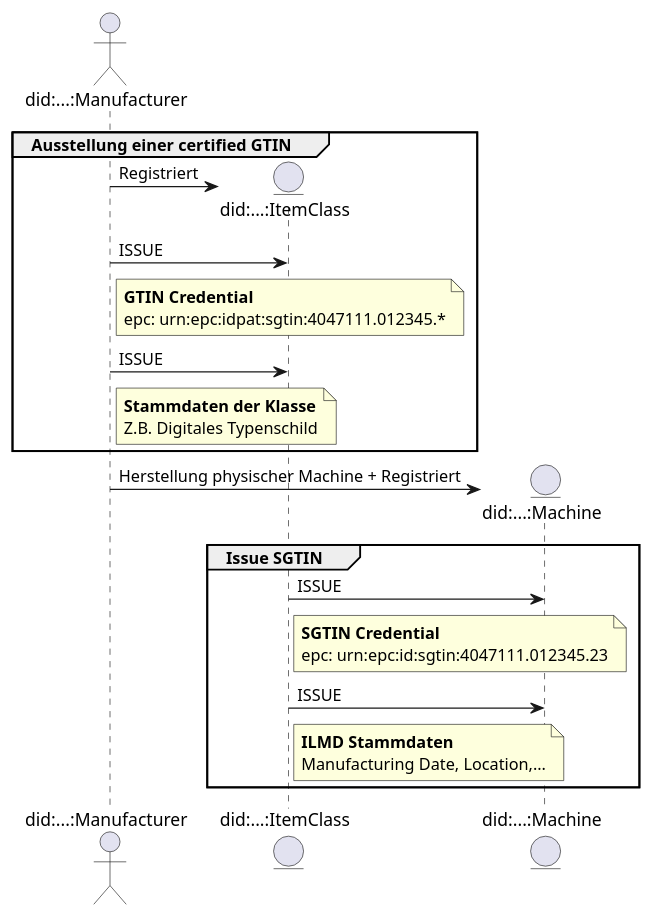
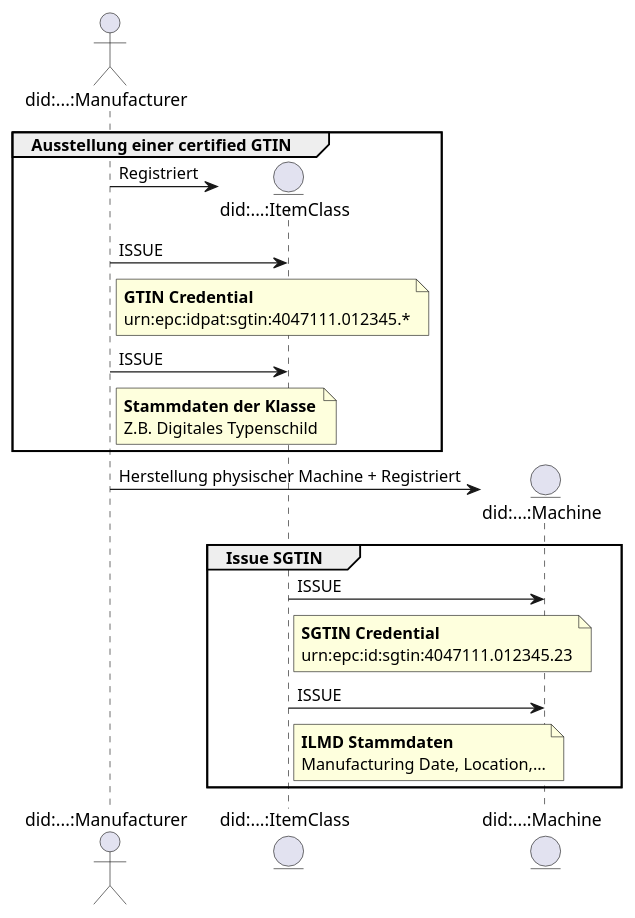
Before and after one commit to gs1-germany-innolab/CertifiedByGS1-I4.0-OnePager: the diagram in ssi/certified-gs1-ids-2-GTIN.plantuml, drawn with PlantUML.

```diff
--- a/ssi/certified-gs1-ids-2-GTIN.plantuml
+++ b/ssi/certified-gs1-ids-2-GTIN.plantuml
@@ -1,46 +1,46 @@
 @startuml
 skinparam responseMessageBelowArrow true
 
 
 actor "did:...:Manufacturer" as Manufacturer
 entity "did:...:ItemClass" as gtin
 entity "did:...:Machine" as Machine
 
 
 group Ausstellung einer certified GTIN
     Manufacturer -> gtin ** : Registriert
     Manufacturer -> gtin : ISSUE
     note right of Manufacturer
         <b>GTIN Credential</b>
-        epc: urn:epc:idpat:sgtin:4047111.012345.*
+        urn:epc:idpat:sgtin:4047111.012345.*
     end note
 
     Manufacturer -> gtin : ISSUE
 
     note right of Manufacturer
         <b>Stammdaten der Klasse</b>
         Z.B. Digitales Typenschild
     end note
 
 end
 
 Manufacturer -> Machine ** : Herstellung physischer Machine + Registriert
 
 
 group Issue SGTIN
     gtin -> Machine : ISSUE
     note right of gtin
         <b>SGTIN Credential</b>
-        epc: urn:epc:id:sgtin:4047111.012345.23
+        urn:epc:id:sgtin:4047111.012345.23
     end note
 
     gtin -> Machine : ISSUE
     note right of gtin
         <b>ILMD Stammdaten</b>
         Manufacturing Date, Location,...
     end note
 end
 
 
 
 @enduml
```
